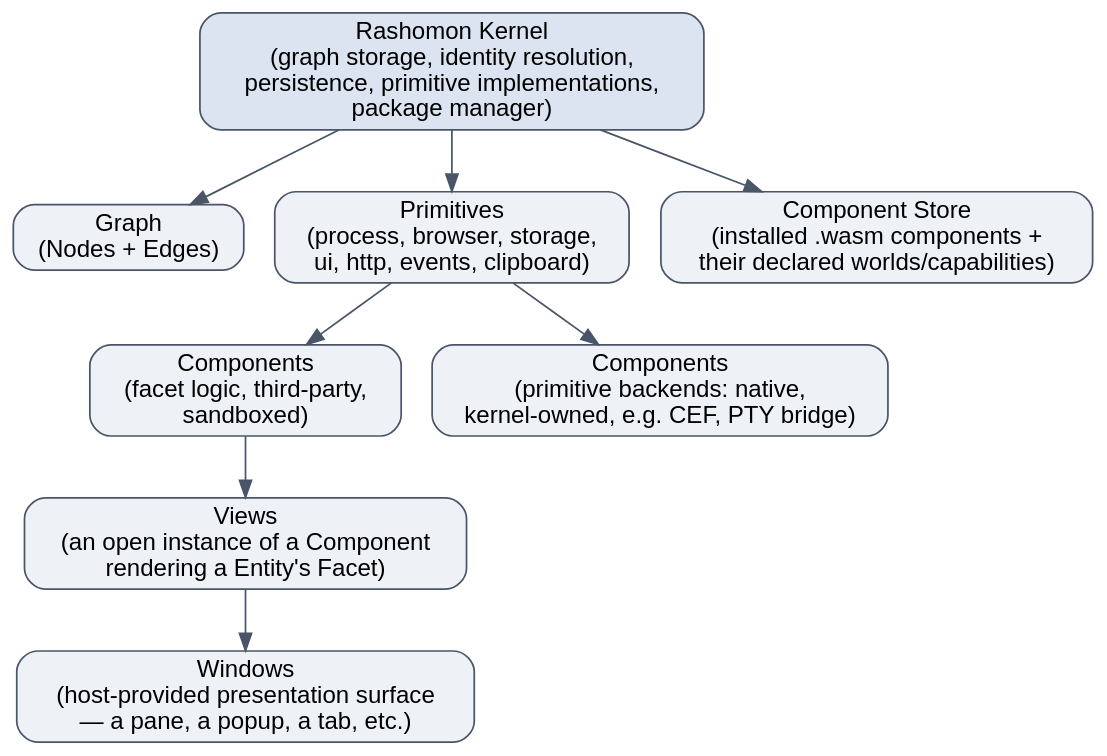
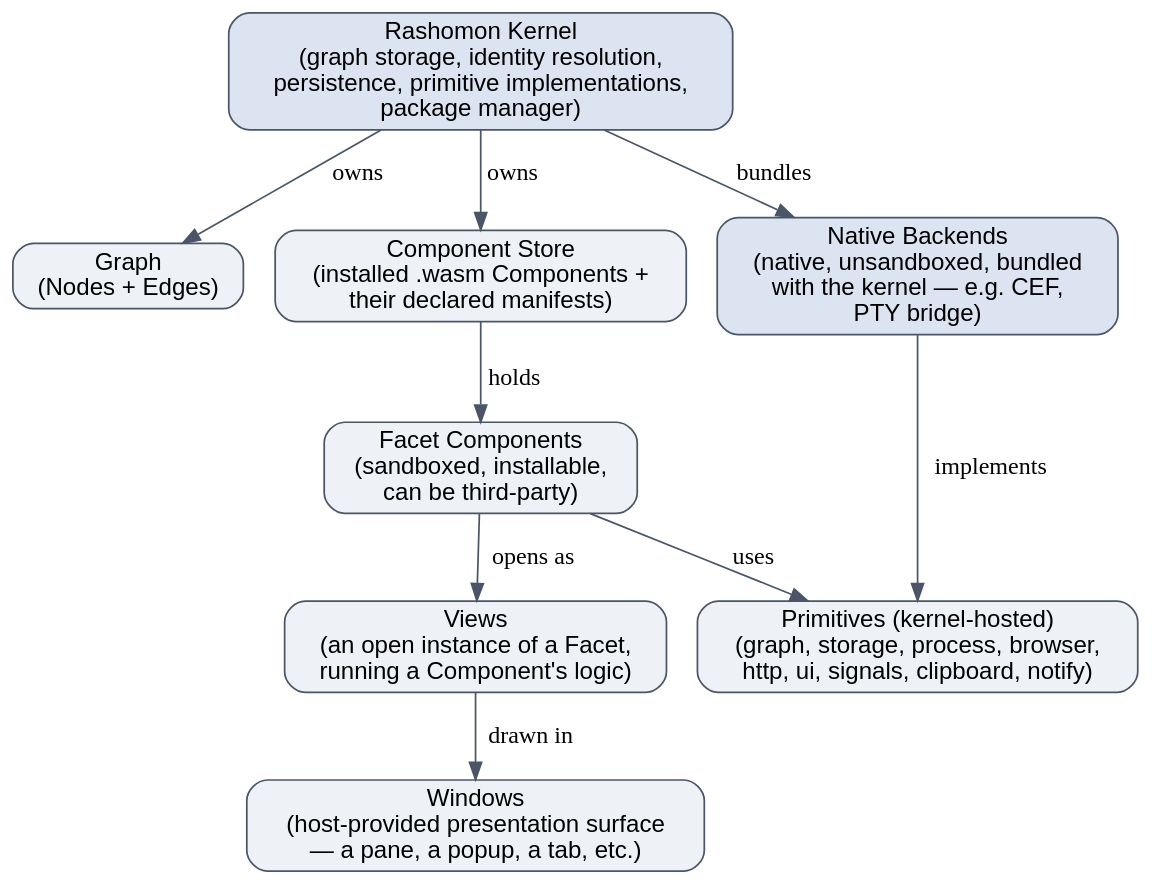
The second of 4 diagrams in README.org (aaratha/rashomon), drawn with Graphviz before and after one commit. The commit also changed other lines of this file and 16 other files, not shown here.

```diff
--- a/README.org
+++ b/README.org
@@ -69,33 +70,35 @@
 #+begin_src dot :file rashomon-layered-overview.png
 digraph layered_overview {
     rankdir=TB;
     bgcolor="transparent";
     node [shape=box, style="rounded,filled", fontname="Helvetica", fillcolor="#eef2f7", color="#4a5568"];
     edge [color="#4a5568"];
 
     kernel [label="Rashomon Kernel\n(graph storage, identity resolution,\npersistence, primitive implementations,\npackage manager)", fillcolor="#dbe4f0"];
 
     graph_ [label="Graph\n(Nodes + Edges)"];
-    primitives [label="Primitives\n(process, browser, storage,\nui, http, events, clipboard)"];
-    compstore [label="Component Store\n(installed .wasm components +\ntheir declared worlds/capabilities)"];
+    compstore [label="Component Store\n(installed .wasm Components +\ntheir declared manifests)"];
+    compnative [label="Native Backends\n(native, unsandboxed, bundled\nwith the kernel — e.g. CEF,\nPTY bridge)", fillcolor="#dbe4f0"];
 
-    comp_facet [label="Components\n(facet logic, third-party,\nsandboxed)"];
-    comp_native [label="Components\n(primitive backends: native,\nkernel-owned, e.g. CEF, PTY bridge)"];
+    comp_facet [label="Facet Components\n(sandboxed, installable,\ncan be third-party)"];
 
-    views   [label="Views\n(an open instance of a Component\nrendering a Entity's Facet)"];
+    primitives [label="Primitives (kernel-hosted)\n(graph, storage, process, browser,\nhttp, ui, signals, clipboard, notify)"];
+    views   [label="Views\n(an open instance of a Facet,\nrunning a Component's logic)"];
     windows [label="Windows\n(host-provided presentation surface\n— a pane, a popup, a tab, etc.)"];
 
-    kernel -> graph_;
-    kernel -> primitives;
-    kernel -> compstore;
+    kernel -> graph_        [label="owns"];
+    kernel -> compstore     [label="owns"];
+    kernel -> compnative    [label="bundles"];
 
-    primitives -> comp_facet;
-    primitives -> comp_native;
+    compstore -> comp_facet [label="holds"];
 
-    comp_facet -> views;
-    views -> windows;
+    comp_facet -> primitives [label="uses"];
+    compnative -> primitives [label="implements"];
 
-    { rank=same; graph_; primitives; compstore; }
-    { rank=same; comp_facet; comp_native; }
+    comp_facet -> views  [label="opens as"];
+    views -> windows     [label="drawn in"];
+
+    { rank=same; graph_; compstore; compnative; }
+    { rank=same; comp_facet; }
 }
 #+end_src
```
